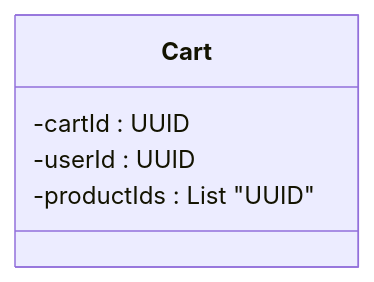
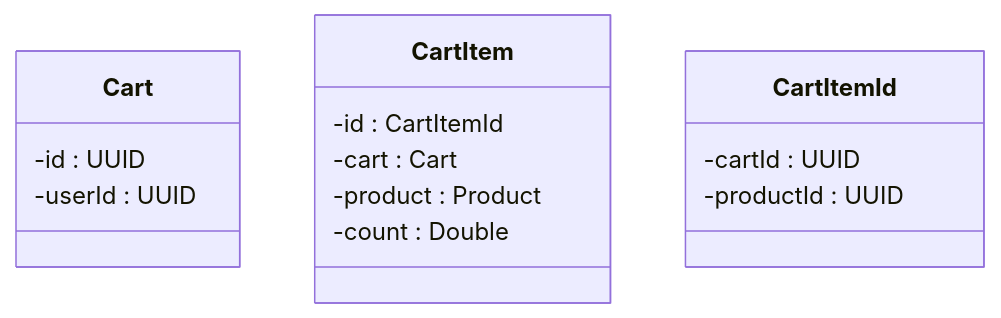
Before and after one commit to fruzsina-banyai/webshop: the fourth of 7 diagrams in documentation/shopping_cart/shopping_cart.md, drawn with Mermaid. The commit also changed other lines of this file, not shown here.

````diff
--- a/documentation/shopping_cart/shopping_cart.md
+++ b/documentation/shopping_cart/shopping_cart.md
@@ -30,8 +30,17 @@
 ```mermaid
 classDiagram
   class Cart {
+    -id : UUID
+    -userId : UUID
+  }
+  class CartItem {
+    -id : CartItemId
+    -cart : Cart
+    -product : Product
+    -count : Double
+  }
+  class CartItemId {
     -cartId : UUID
-    -userId : UUID
-    -productIds : List "UUID"
+    -productId : UUID
   }
 ```
````
